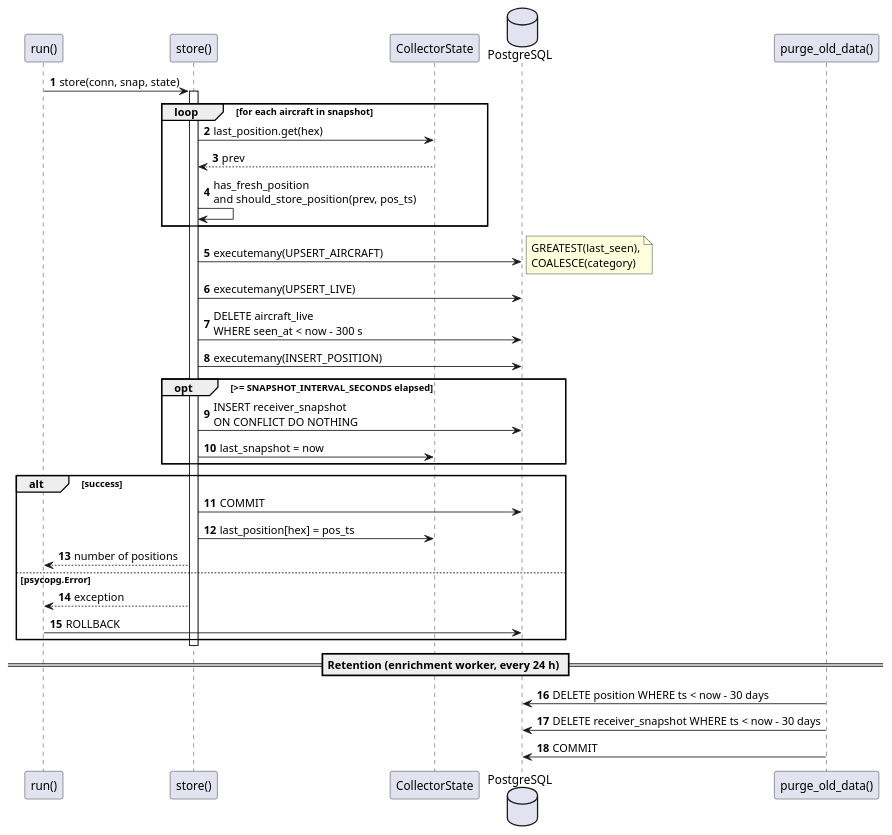
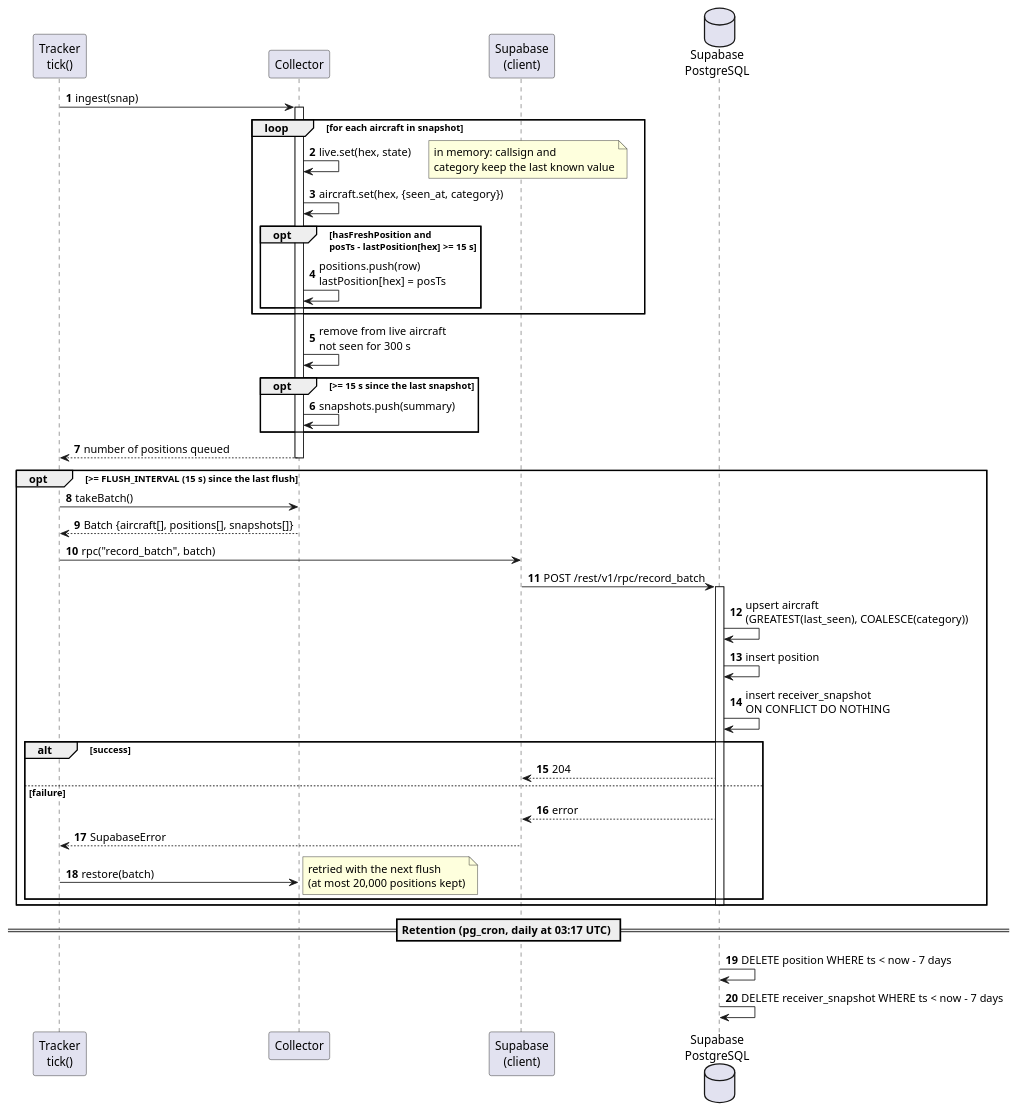
One commit to miguelsiilva1/SkyTracer changed the diagram in docs/system-documentation/use-cases/US02/puml/sd_us02.puml. Above: the diagram before and after it, drawn with PlantUML. The commit also changed 31 other files, not shown here.

Commit message:
docs: update architecture documentation for the Cloudflare and Supabase backend

```diff
--- a/docs/system-documentation/use-cases/US02/puml/sd_us02.puml
+++ b/docs/system-documentation/use-cases/US02/puml/sd_us02.puml
@@ -1,42 +1,48 @@
 @startuml
 autonumber
-participant "run()" as Run
-participant "store()" as Store
-participant "CollectorState" as State
-database "PostgreSQL" as DB
+participant "Tracker\ntick()" as T
+participant "Collector" as C
+participant "Supabase\n(client)" as S
+database "Supabase\nPostgreSQL" as DB
 
-Run -> Store : store(conn, snap, state)
-activate Store
+T -> C : ingest(snap)
+activate C
 loop for each aircraft in snapshot
-  Store -> State : last_position.get(hex)
-  State --> Store : prev
-  Store -> Store : has_fresh_position\nand should_store_position(prev, pos_ts)
+  C -> C : live.set(hex, state)
+  note right: in memory: callsign and\ncategory keep the last known value
+  C -> C : aircraft.set(hex, {seen_at, category})
+  opt hasFreshPosition and\nposTs - lastPosition[hex] >= 15 s
+    C -> C : positions.push(row)\nlastPosition[hex] = posTs
+  end
+end
+C -> C : remove from live aircraft\nnot seen for 300 s
+opt >= 15 s since the last snapshot
+  C -> C : snapshots.push(summary)
+end
+C --> T : number of positions queued
+deactivate C
+
+opt >= FLUSH_INTERVAL (15 s) since the last flush
+  T -> C : takeBatch()
+  C --> T : Batch {aircraft[], positions[], snapshots[]}
+  T -> S : rpc("record_batch", batch)
+  S -> DB : POST /rest/v1/rpc/record_batch
+  activate DB
+  DB -> DB : upsert aircraft\n(GREATEST(last_seen), COALESCE(category))
+  DB -> DB : insert position
+  DB -> DB : insert receiver_snapshot\nON CONFLICT DO NOTHING
+  alt success
+    DB --> S : 204
+  else failure
+    DB --> S : error
+    S --> T : SupabaseError
+    T -> C : restore(batch)
+    note right: retried with the next flush\n(at most 20,000 positions kept)
+  end
+  deactivate DB
 end
 
-Store -> DB : executemany(UPSERT_AIRCRAFT)
-note right: GREATEST(last_seen),\nCOALESCE(category)
-Store -> DB : executemany(UPSERT_LIVE)
-Store -> DB : DELETE aircraft_live\nWHERE seen_at < now - 300 s
-Store -> DB : executemany(INSERT_POSITION)
-
-opt >= SNAPSHOT_INTERVAL_SECONDS elapsed
-  Store -> DB : INSERT receiver_snapshot\nON CONFLICT DO NOTHING
-  Store -> State : last_snapshot = now
-end
-
-alt success
-  Store -> DB : COMMIT
-  Store -> State : last_position[hex] = pos_ts
-  Store --> Run : number of positions
-else psycopg.Error
-  Store --> Run : exception
-  Run -> DB : ROLLBACK
-end
-deactivate Store
-
-== Retention (enrichment worker, every 24 h) ==
-participant "purge_old_data()" as Purge
-Purge -> DB : DELETE position WHERE ts < now - 30 days
-Purge -> DB : DELETE receiver_snapshot WHERE ts < now - 30 days
-Purge -> DB : COMMIT
+== Retention (pg_cron, daily at 03:17 UTC) ==
+DB -> DB : DELETE position WHERE ts < now - 7 days
+DB -> DB : DELETE receiver_snapshot WHERE ts < now - 7 days
 @enduml
```
